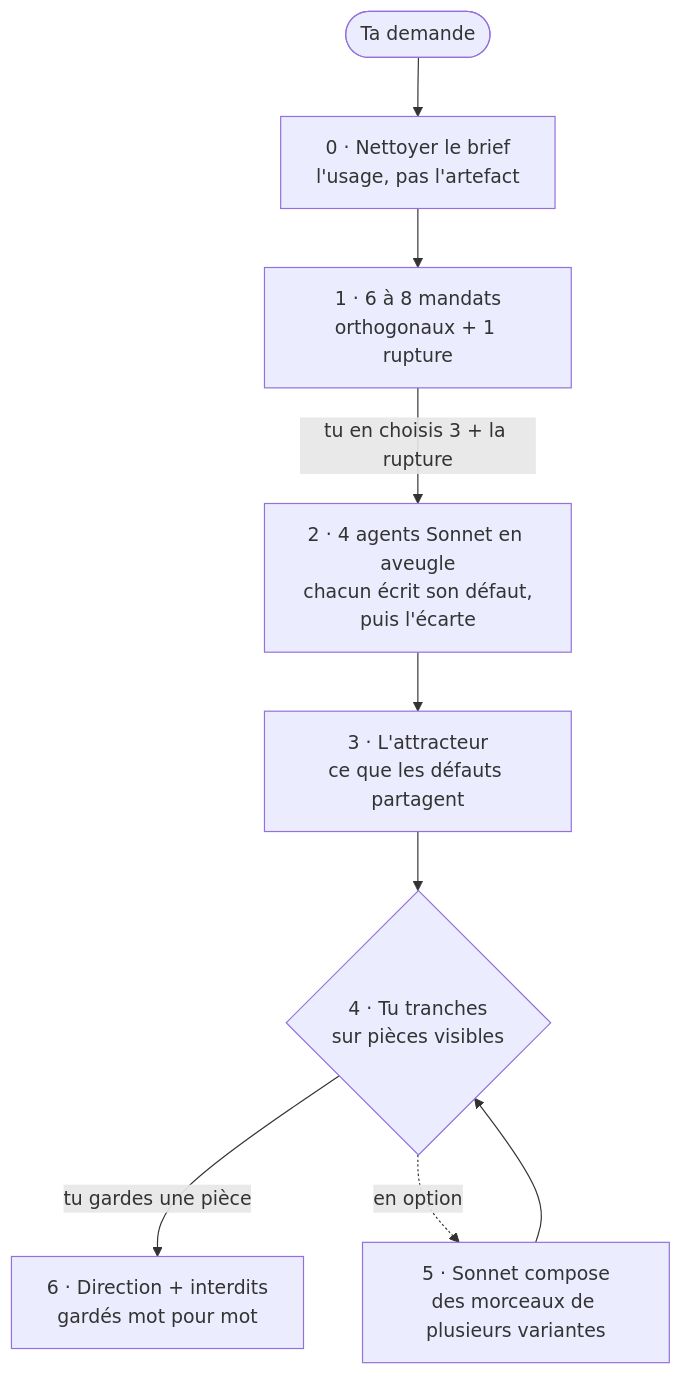
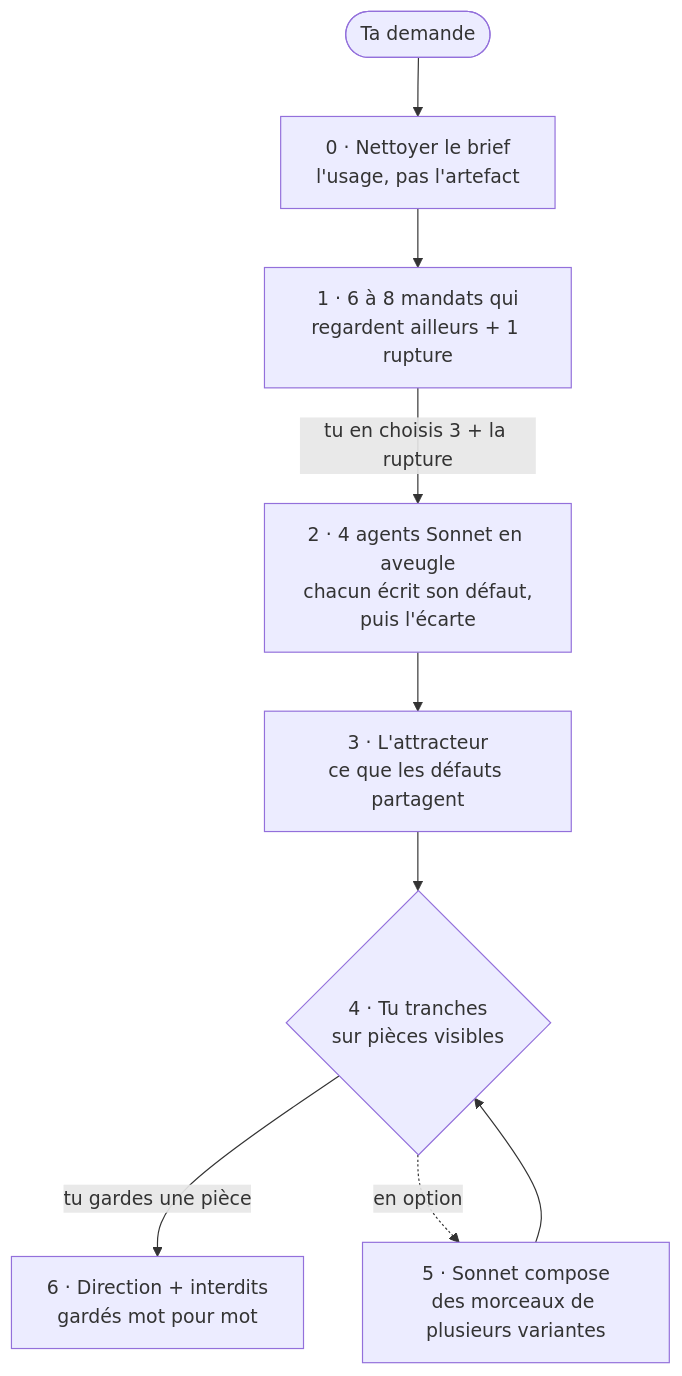
One commit to amiel-35/ix-design-divergent changed the diagram in README.fr.md. Above: the diagram before and after it, drawn with Mermaid. The commit also changed other lines of this file and 20 other files, not shown here.

````diff
--- a/README.fr.md
+++ b/README.fr.md
@@ -71,11 +71,11 @@
 ```mermaid
 flowchart TD
     R([Ta demande]) --> S0[0 · Nettoyer le brief<br/>l'usage, pas l'artefact]
-    S0 --> S1[1 · 6 à 8 mandats<br/>orthogonaux + 1 rupture]
+    S0 --> S1[1 · 6 à 8 mandats qui<br/>regardent ailleurs + 1 rupture]
     S1 -->|tu en choisis 3 + la rupture| S2[2 · 4 agents Sonnet en aveugle<br/>chacun écrit son défaut,<br/>puis l'écarte]
     S2 --> S3[3 · L'attracteur<br/>ce que les défauts partagent]
     S3 --> S4{4 · Tu tranches<br/>sur pièces visibles}
     S4 -->|tu gardes une pièce| S6[6 · Direction + interdits<br/>gardés mot pour mot]
     S4 -.->|en option| S5[5 · Sonnet compose<br/>des morceaux de plusieurs variantes]
     S5 --> S4
 ```
````
